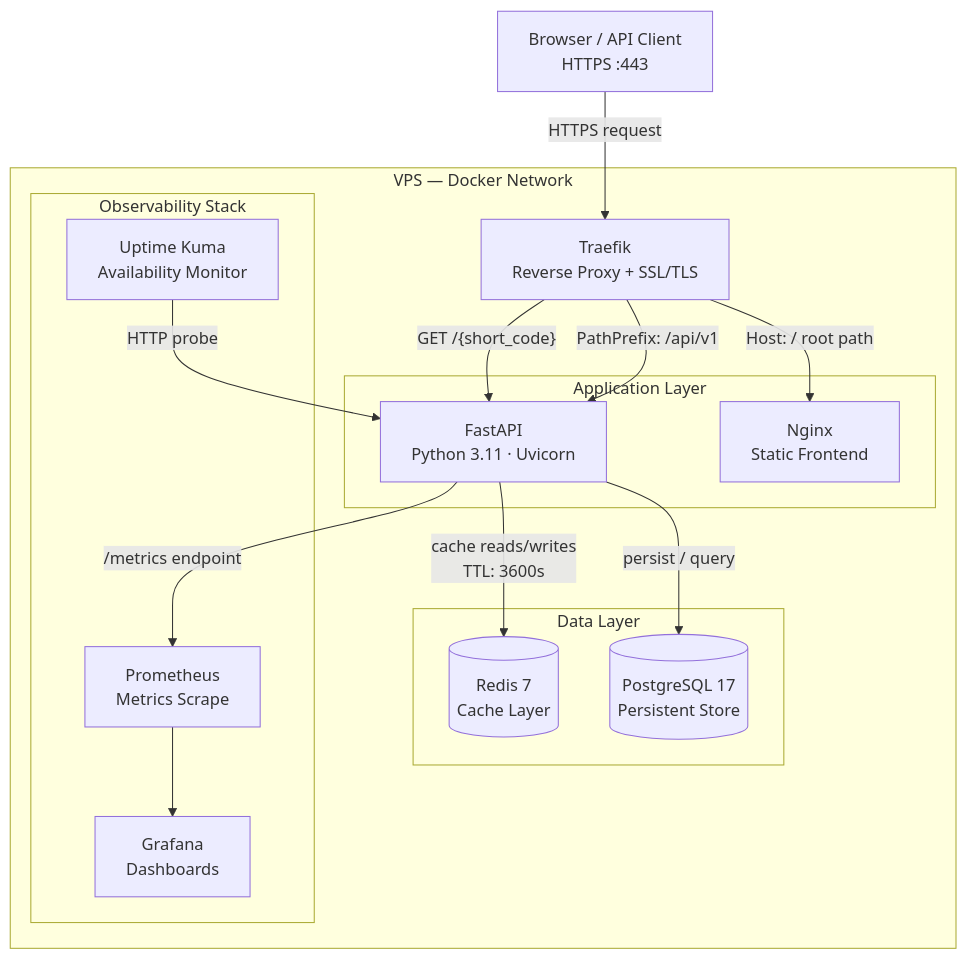
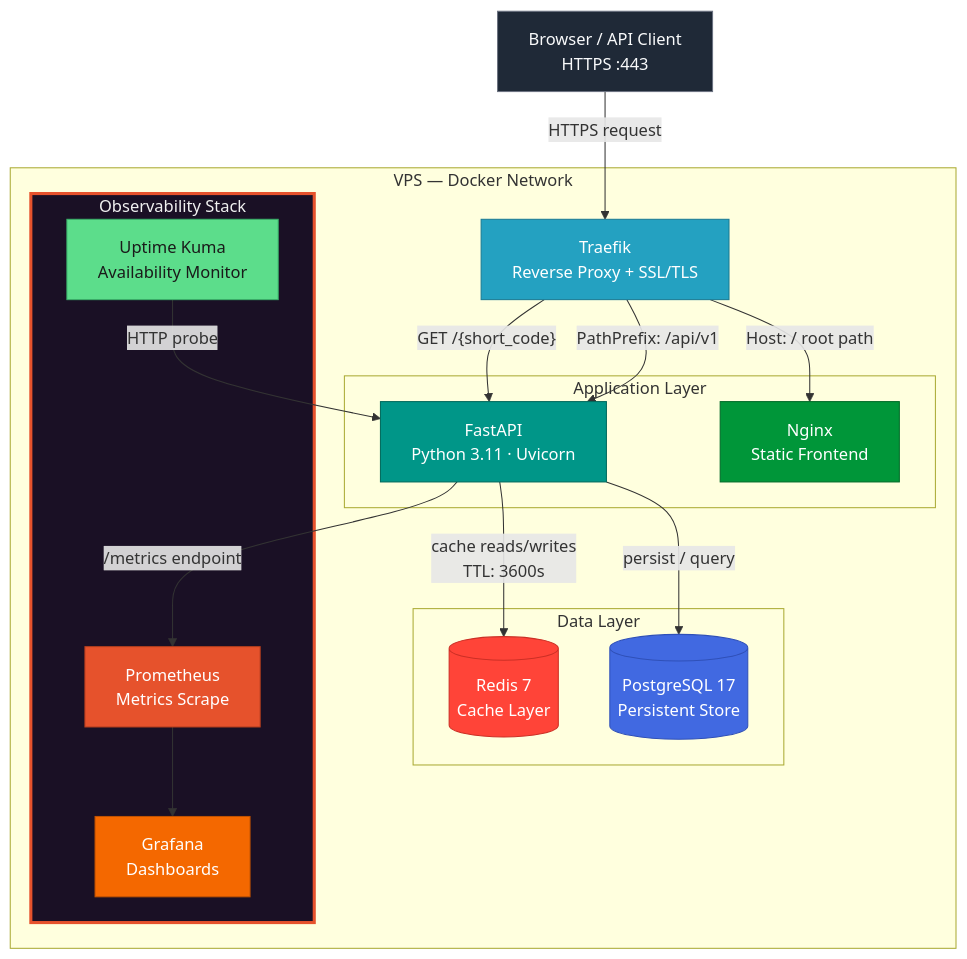
Before and after one commit to alchemistkay/url-shortener: the first of 2 diagrams in README.md, drawn with Mermaid.

Commit message:
docs(readme): apply brand colors to architecture diagram nodes and style observability subgraph

````diff
--- a/README.md
+++ b/README.md
@@ -131,34 +131,45 @@
 ```mermaid
 graph TD
     Client["Browser / API Client\nHTTPS :443"]
 
-    subgraph VPS["VPS — Docker Network"]
+    subgraph vps["VPS — Docker Network"]
         Traefik["Traefik\nReverse Proxy + SSL/TLS"]
 
-        subgraph App["Application Layer"]
+        subgraph app["Application Layer"]
             Frontend["Nginx\nStatic Frontend"]
             API["FastAPI\nPython 3.11 · Uvicorn"]
         end
 
-        subgraph Data["Data Layer"]
+        subgraph data["Data Layer"]
             PG[("PostgreSQL 17\nPersistent Store")]
             Redis[("Redis 7\nCache Layer")]
         end
 
-        subgraph Obs["Observability Stack"]
+        subgraph obs["Observability Stack"]
             Prom["Prometheus\nMetrics Scrape"]
             Graf["Grafana\nDashboards"]
             Kuma["Uptime Kuma\nAvailability Monitor"]
         end
     end
 
     Client -->|"HTTPS request"| Traefik
     Traefik -->|"Host: / root path"| Frontend
     Traefik -->|"PathPrefix: /api/v1"| API
     Traefik -->|"GET /{short_code}"| API
     API -->|"persist / query"| PG
     API -->|"cache reads/writes\nTTL: 3600s"| Redis
     API -->|"/metrics endpoint"| Prom
     Prom --> Graf
     Kuma -->|"HTTP probe"| API
+
+    style Client fill:#1f2937,stroke:#6b7280,color:#f9fafb
+    style Traefik fill:#24A1C1,stroke:#1a7a94,color:#ffffff
+    style Frontend fill:#009639,stroke:#006b28,color:#ffffff
+    style API fill:#009688,stroke:#00695c,color:#ffffff
+    style PG fill:#4169E1,stroke:#2f50b8,color:#ffffff
+    style Redis fill:#FF4438,stroke:#cc2f25,color:#ffffff
+    style Prom fill:#E6522C,stroke:#b33d1e,color:#ffffff
+    style Graf fill:#F46800,stroke:#c05200,color:#ffffff
+    style Kuma fill:#5CDD8B,stroke:#3aaf69,color:#1a1a1a
+    style obs fill:#1a1025,stroke:#E6522C,stroke-width:3px,color:#f0f0f0
 ```
````
